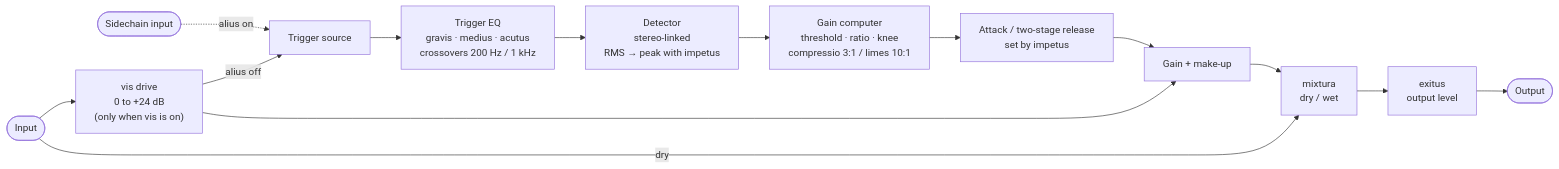
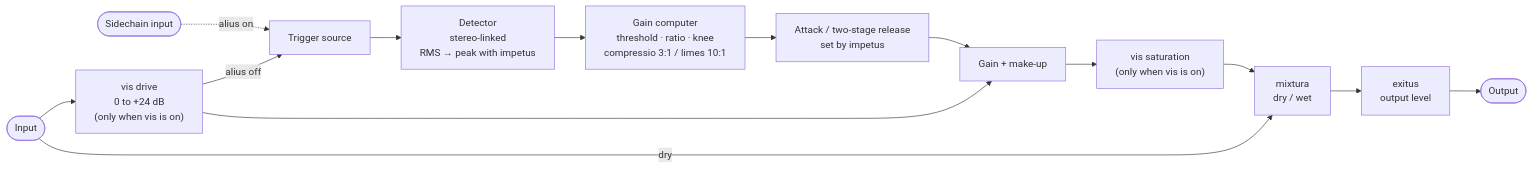
Before and after one commit to andesipa/pressura: the diagram in README.md, drawn with Mermaid. The commit also changed other lines of this file and 16 other files, not shown here.

First line of the commit message:
Remove trigger EQ, add vis saturation, recalibrate presets; version 0.3.0

````diff
--- a/README.md
+++ b/README.md
@@ -121,15 +111,15 @@
 ```mermaid
 flowchart LR
     IN([Input]) --> DRV["vis drive<br/>0 to +24 dB<br/>(only when vis is on)"]
     SC([Sidechain input]) -. alius on .-> SRC
     DRV -- alius off --> SRC["Trigger source"]
-    SRC --> EQ["Trigger EQ<br/>gravis · medius · acutus<br/>crossovers 200 Hz / 1 kHz"]
-    EQ --> DET["Detector<br/>stereo-linked<br/>RMS → peak with impetus"]
+    SRC --> DET["Detector<br/>stereo-linked<br/>RMS → peak with impetus"]
     DET --> GC["Gain computer<br/>threshold · ratio · knee<br/>compressio 3:1 / limes 10:1"]
     GC --> REL["Attack / two-stage release<br/>set by impetus"]
     REL --> VCA["Gain + make-up"]
     DRV --> VCA
-    VCA --> MIX["mixtura<br/>dry / wet"]
+    VCA --> SAT["vis saturation<br/>(only when vis is on)"]
+    SAT --> MIX["mixtura<br/>dry / wet"]
     IN -- dry --> MIX
     MIX --> OUT["exitus<br/>output level"] --> O([Output])
 ```
````
